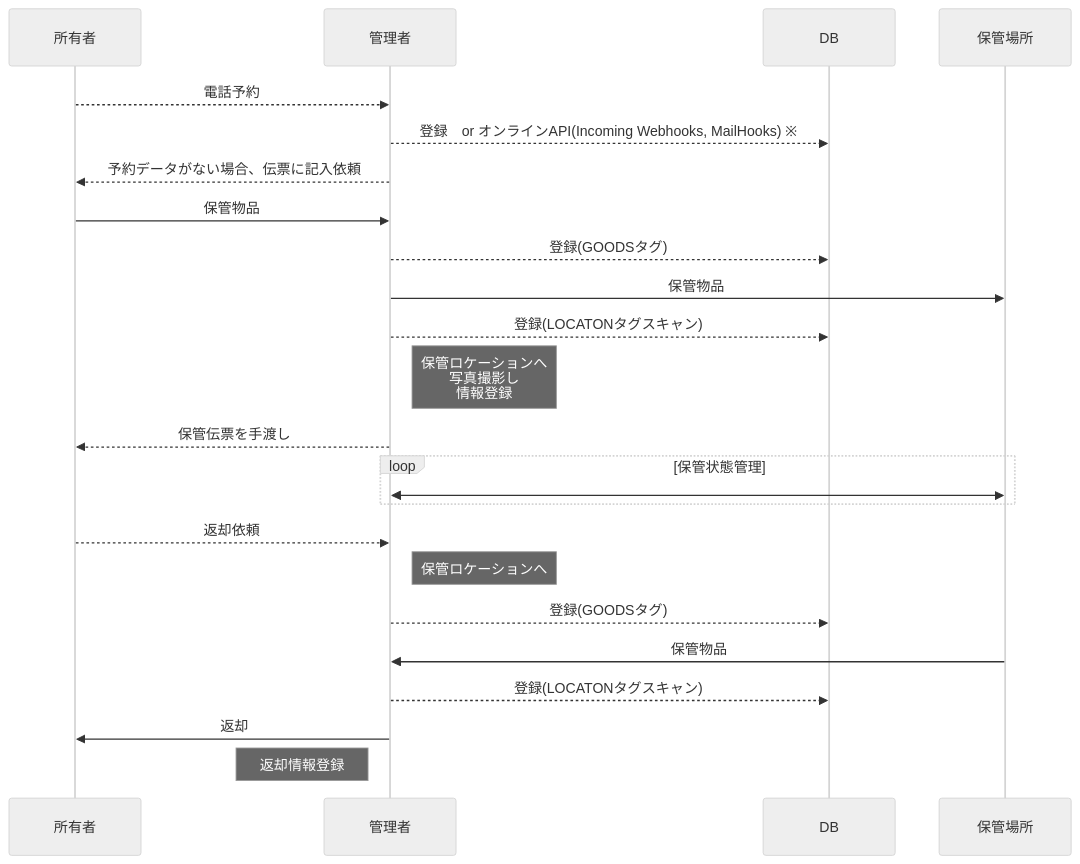
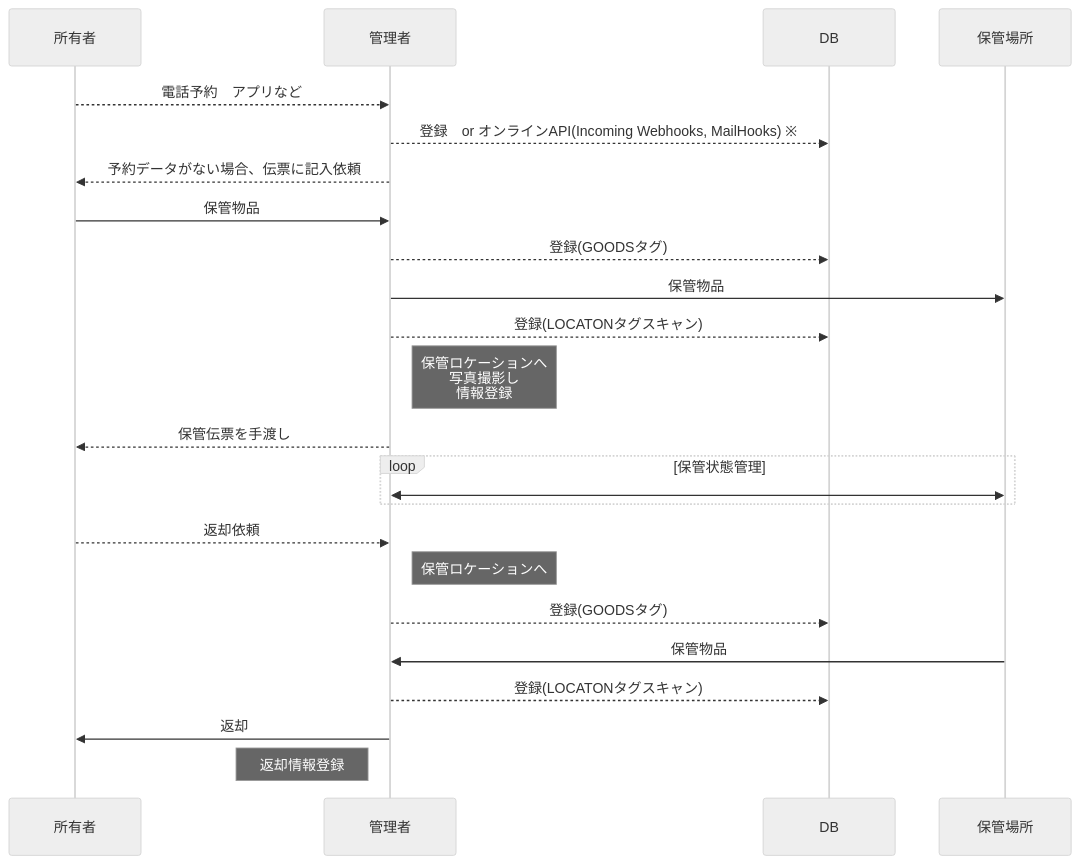
One commit to piot-jp-Team/goods_storage changed the first of 2 diagrams in README.md. Above: the diagram before and after it, drawn with Mermaid (neutral theme).

````diff
--- a/README.md
+++ b/README.md
@@ -11,25 +11,25 @@
 ```mermaid
 sequenceDiagram
     participant 所有者
     participant 管理者
     participant DB
-    所有者-->>管理者: 電話予約
+    所有者-->>管理者: 電話予約　アプリなど
     管理者-->>DB: 登録　or オンラインAPI(Incoming Webhooks, MailHooks) ※
     管理者-->>所有者: 予約データがない場合、伝票に記入依頼
     所有者->>管理者: 保管物品
     管理者-->>DB: 登録(GOODSタグ)
     管理者->>保管場所: 保管物品
     管理者-->>DB: 登録(LOCATONタグスキャン)
     Note right of 管理者: 保管ロケーションへ <br/>写真撮影し <br/>情報登録
     管理者-->>所有者: 保管伝票を手渡し
     loop 保管状態管理
         管理者<<->>保管場所: 
     end
     所有者-->>管理者: 返却依頼
     Note right of 管理者: 保管ロケーションへ
     管理者-->>DB: 登録(GOODSタグ)
     保管場所->>管理者: 保管物品
     管理者-->>DB: 登録(LOCATONタグスキャン)
     管理者->>所有者: 返却
     Note left of 管理者: 返却情報登録
 ```
````
